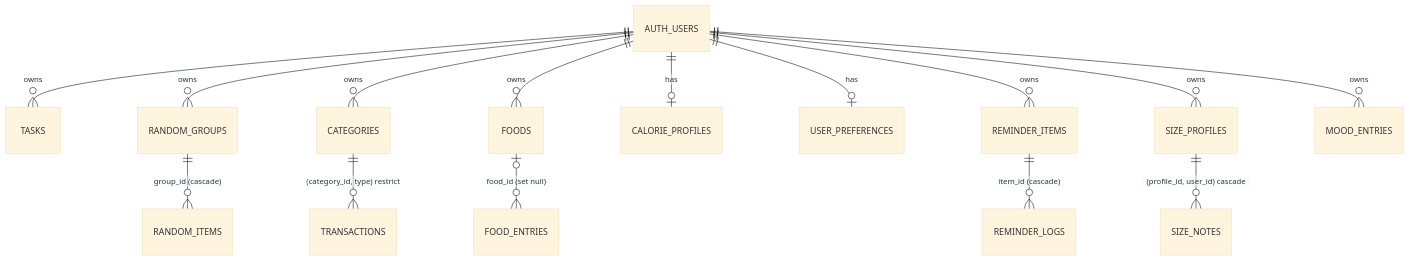
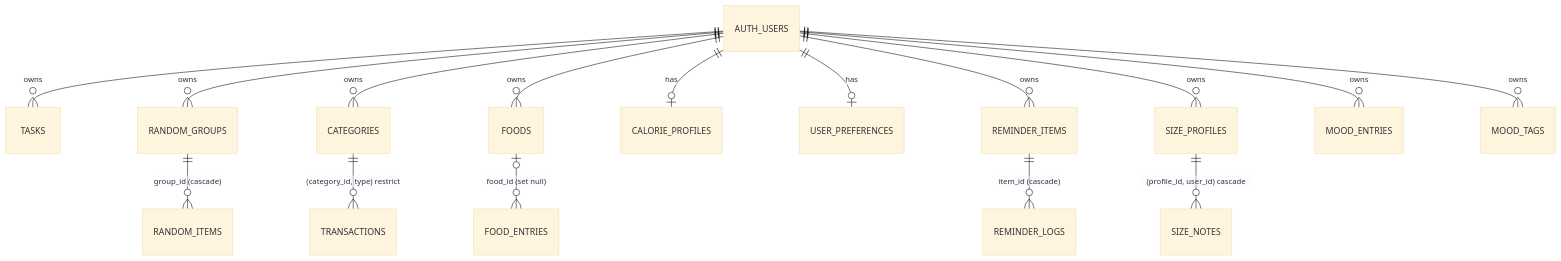
Before and after one commit to Paktakraw/cekha-dairy-tools: the fourth of 14 diagrams in docs/spec/system-design.md, drawn with Mermaid (base theme). The commit also changed other lines of this file and 28 other files, not shown here.

````diff
--- a/docs/spec/system-design.md
+++ b/docs/spec/system-design.md
@@ -149,18 +149,19 @@
 ```mermaid
 erDiagram
   AUTH_USERS ||--o{ TASKS : owns
   AUTH_USERS ||--o{ RANDOM_GROUPS : owns
   AUTH_USERS ||--o{ CATEGORIES : owns
   AUTH_USERS ||--o{ FOODS : owns
   AUTH_USERS ||--o| CALORIE_PROFILES : has
   AUTH_USERS ||--o| USER_PREFERENCES : has
   AUTH_USERS ||--o{ REMINDER_ITEMS : owns
   AUTH_USERS ||--o{ SIZE_PROFILES : owns
   AUTH_USERS ||--o{ MOOD_ENTRIES : owns
+  AUTH_USERS ||--o{ MOOD_TAGS : owns
 
   RANDOM_GROUPS ||--o{ RANDOM_ITEMS : "group_id (cascade)"
   CATEGORIES ||--o{ TRANSACTIONS : "(category_id, type) restrict"
   FOODS |o--o{ FOOD_ENTRIES : "food_id (set null)"
   REMINDER_ITEMS ||--o{ REMINDER_LOGS : "item_id (cascade)"
   SIZE_PROFILES ||--o{ SIZE_NOTES : "(profile_id, user_id) cascade"
 ```
````
